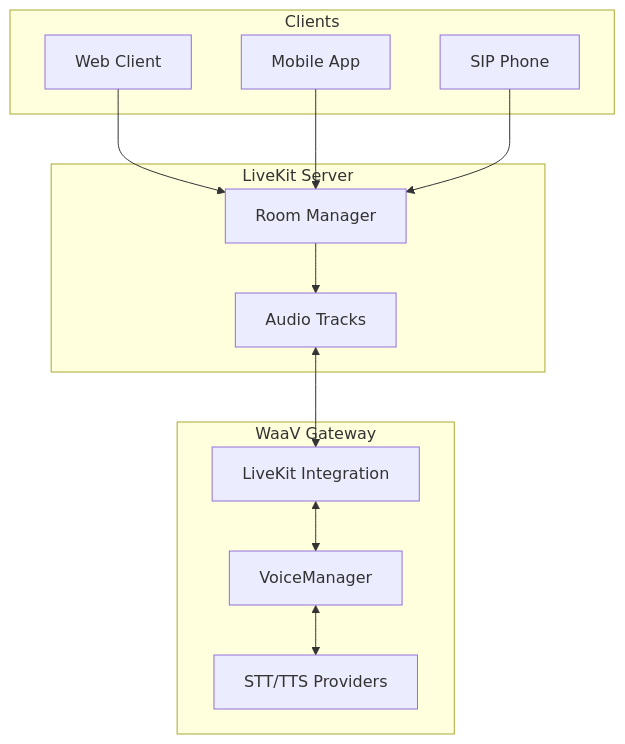
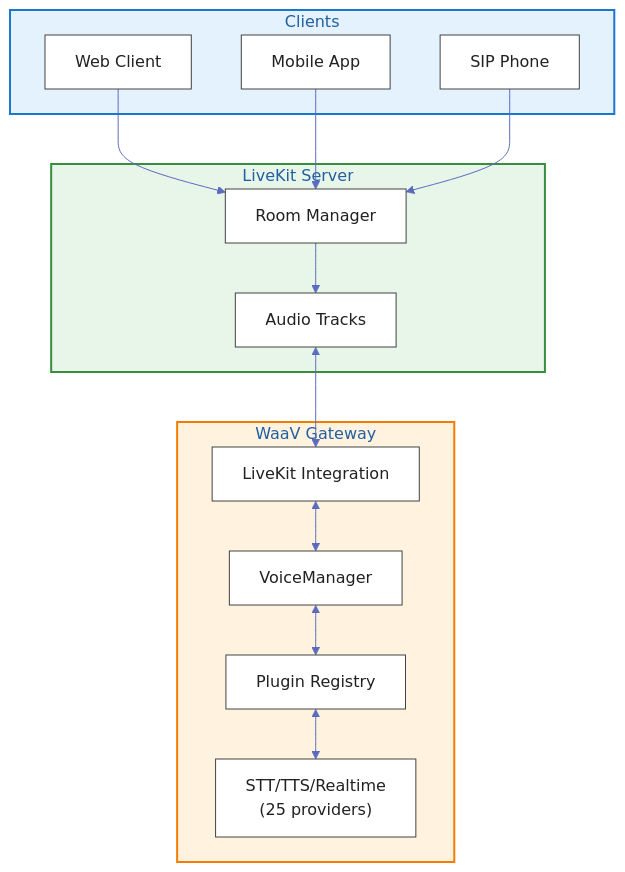
The fifth of 5 diagrams in gateway/README.md (BudEcosystem/WaaV), drawn with Mermaid before and after one commit. The commit also changed other lines of this file and 61 other files, not shown here.

First line of the commit message:
feat: Add plugin architecture and Gnani.ai provider support

````diff
--- a/gateway/README.md
+++ b/gateway/README.md
@@ -342,25 +408,32 @@
 ```mermaid
+%%{init: {'theme': 'base', 'themeVariables': { 'primaryColor': '#4a90d9', 'primaryTextColor': '#212121', 'primaryBorderColor': '#2c5aa0', 'lineColor': '#5c6bc0', 'background': '#fafafa', 'mainBkg': '#ffffff', 'nodeBorder': '#424242', 'clusterBkg': '#f5f5f5', 'clusterBorder': '#bdbdbd'}}}%%
 flowchart TB
     subgraph Clients["Clients"]
-        Web[Web Client]
-        Mobile[Mobile App]
-        SIP[SIP Phone]
+        Web["Web Client"]
+        Mobile["Mobile App"]
+        SIP["SIP Phone"]
     end
 
     subgraph LiveKit["LiveKit Server"]
-        Room[Room Manager]
-        Track[Audio Tracks]
+        Room["Room Manager"]
+        Track["Audio Tracks"]
     end
 
     subgraph Gateway["WaaV Gateway"]
-        LKI[LiveKit Integration]
-        VM2[VoiceManager]
-        Providers[STT/TTS Providers]
+        LKI["LiveKit Integration"]
+        REG["Plugin Registry"]
+        VM2["VoiceManager"]
+        Providers["STT/TTS/Realtime<br/>(25 providers)"]
     end
 
     Web & Mobile & SIP --> Room
     Room --> Track
     Track <--> LKI
     LKI <--> VM2
-    VM2 <--> Providers
+    VM2 <--> REG
+    REG <--> Providers
+
+    style Clients fill:#e3f2fd,stroke:#1976d2,stroke-width:2px
+    style LiveKit fill:#e8f5e9,stroke:#388e3c,stroke-width:2px
+    style Gateway fill:#fff3e0,stroke:#f57c00,stroke-width:2px
 ```
````
